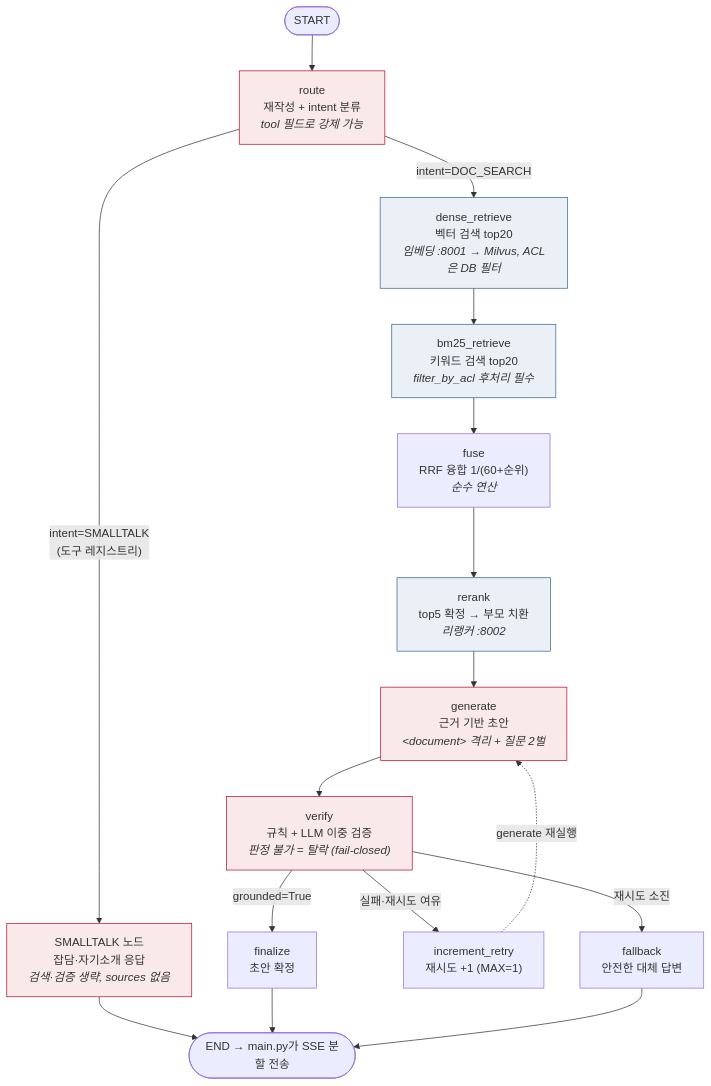
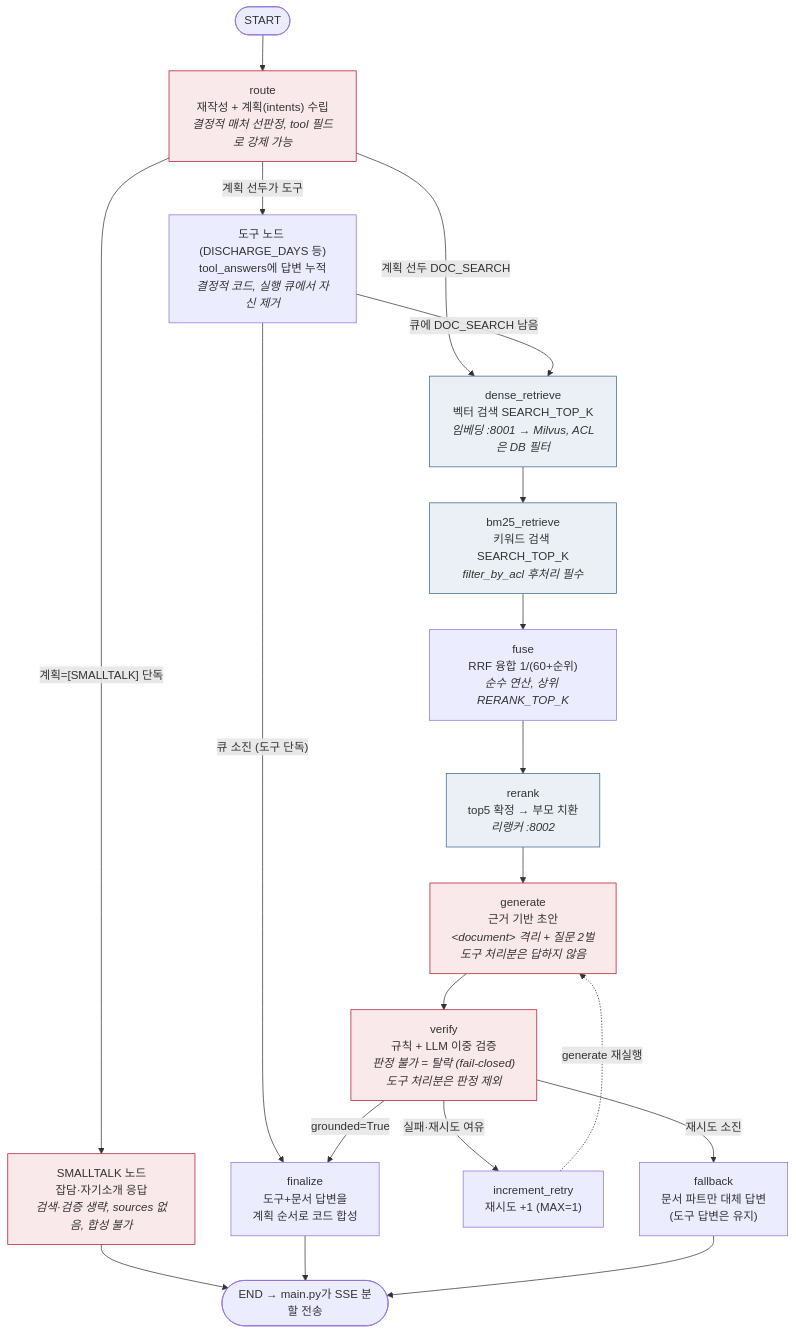
Before and after one commit to ROKMC-AI-TF-TEAM-LLM/mars-ai-server: the second of 2 diagrams in docs/code_guide.md, drawn with Mermaid. The commit also changed other lines of this file and 6 other files, not shown here.

````diff
--- a/docs/code_guide.md
+++ b/docs/code_guide.md
@@ -296,30 +303,34 @@
 ```mermaid
 flowchart TB
-    START([START]) --> route["route<br/>재작성 + intent 분류<br/><i>tool 필드로 강제 가능</i>"]
+    START([START]) --> route["route<br/>재작성 + 계획(intents) 수립<br/><i>결정적 매처 선판정, tool 필드로 강제 가능</i>"]
 
-    route -- "intent=SMALLTALK<br/>(도구 레지스트리)" --> smalltalk["SMALLTALK 노드<br/>잡담·자기소개 응답<br/><i>검색·검증 생략, sources 없음</i>"]
-    route -- "intent=DOC_SEARCH" --> dense["dense_retrieve<br/>벡터 검색 top20<br/><i>임베딩 :8001 → Milvus, ACL은 DB 필터</i>"]
+    route -- "계획=[SMALLTALK] 단독" --> smalltalk["SMALLTALK 노드<br/>잡담·자기소개 응답<br/><i>검색·검증 생략, sources 없음, 합성 불가</i>"]
+    route -- "계획 선두가 도구" --> tool["도구 노드 (DISCHARGE_DAYS 등)<br/>tool_answers에 답변 누적<br/><i>결정적 코드, 실행 큐에서 자신 제거</i>"]
+    route -- "계획 선두 DOC_SEARCH" --> dense["dense_retrieve<br/>벡터 검색 SEARCH_TOP_K<br/><i>임베딩 :8001 → Milvus, ACL은 DB 필터</i>"]
 
-    dense --> bm25["bm25_retrieve<br/>키워드 검색 top20<br/><i>filter_by_acl 후처리 필수</i>"]
-    bm25 --> fuse["fuse<br/>RRF 융합 1/(60+순위)<br/><i>순수 연산</i>"]
+    tool -- "큐에 DOC_SEARCH 남음" --> dense
+    tool -- "큐 소진 (도구 단독)" --> finalize
+
+    dense --> bm25["bm25_retrieve<br/>키워드 검색 SEARCH_TOP_K<br/><i>filter_by_acl 후처리 필수</i>"]
+    bm25 --> fuse["fuse<br/>RRF 융합 1/(60+순위)<br/><i>순수 연산, 상위 RERANK_TOP_K</i>"]
     fuse --> rerank["rerank<br/>top5 확정 → 부모 치환<br/><i>리랭커 :8002</i>"]
-    rerank --> generate["generate<br/>근거 기반 초안<br/><i>&lt;document&gt; 격리 + 질문 2벌</i>"]
-    generate --> verify["verify<br/>규칙 + LLM 이중 검증<br/><i>판정 불가 = 탈락 (fail-closed)</i>"]
+    rerank --> generate["generate<br/>근거 기반 초안<br/><i>&lt;document&gt; 격리 + 질문 2벌<br/>도구 처리분은 답하지 않음</i>"]
+    generate --> verify["verify<br/>규칙 + LLM 이중 검증<br/><i>판정 불가 = 탈락 (fail-closed)<br/>도구 처리분은 판정 제외</i>"]
 
-    verify -- "grounded=True" --> finalize["finalize<br/>초안 확정"]
+    verify -- "grounded=True" --> finalize["finalize<br/>도구+문서 답변을<br/>계획 순서로 코드 합성"]
     verify -- "실패·재시도 여유" --> retry["increment_retry<br/>재시도 +1 (MAX=1)"]
-    verify -- "재시도 소진" --> fallback["fallback<br/>안전한 대체 답변"]
+    verify -- "재시도 소진" --> fallback["fallback<br/>문서 파트만 대체 답변<br/>(도구 답변은 유지)"]
     retry -. "generate 재실행" .-> generate
 
     smalltalk --> DONE
     finalize --> DONE
     fallback --> DONE([END → main.py가 SSE 분할 전송])
 
     style route fill:#f9e9eb,stroke:#b5122b
     style smalltalk fill:#f9e9eb,stroke:#b5122b
     style generate fill:#f9e9eb,stroke:#b5122b
     style verify fill:#f9e9eb,stroke:#b5122b
     style dense fill:#eaf0f5,stroke:#38678c
     style bm25 fill:#eaf0f5,stroke:#38678c
     style rerank fill:#eaf0f5,stroke:#38678c
 ```
````
